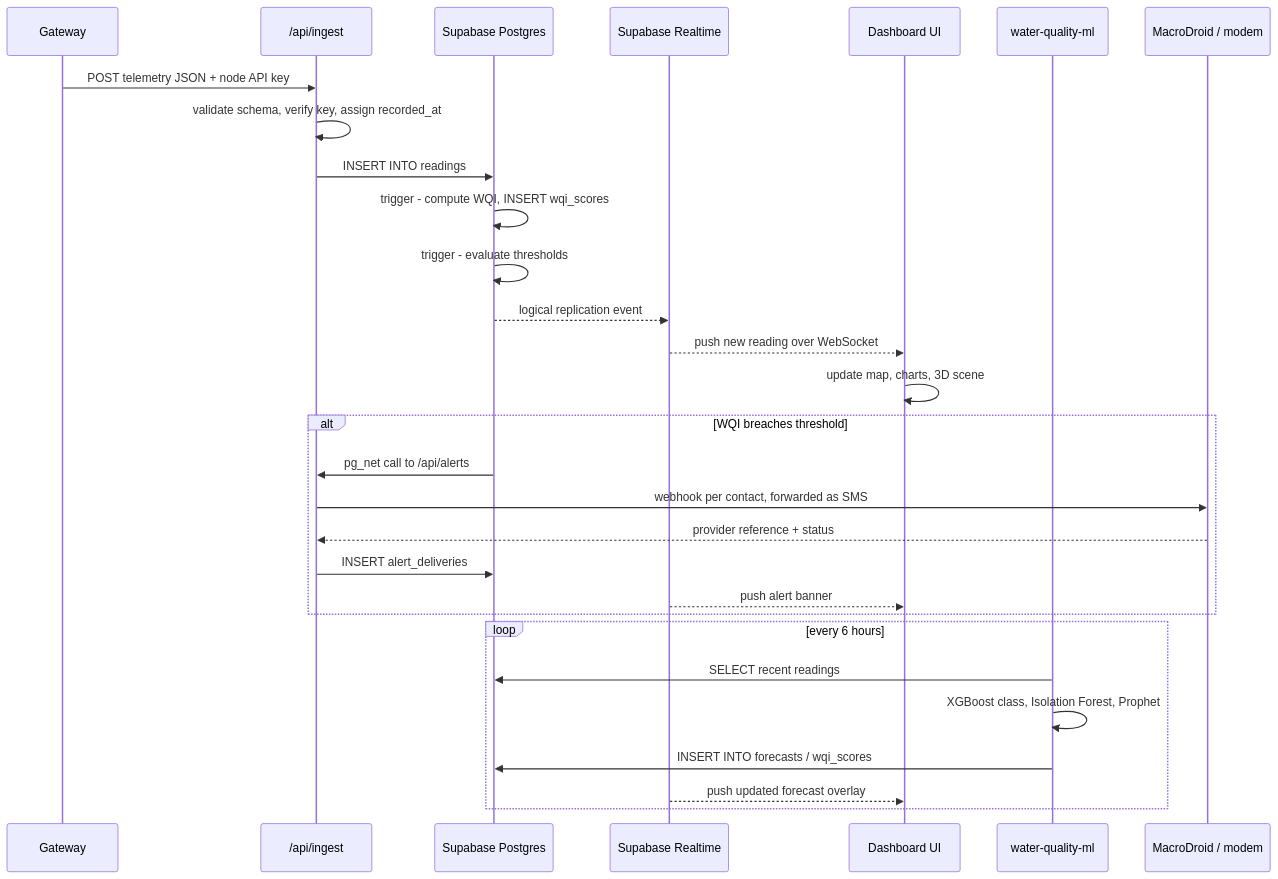
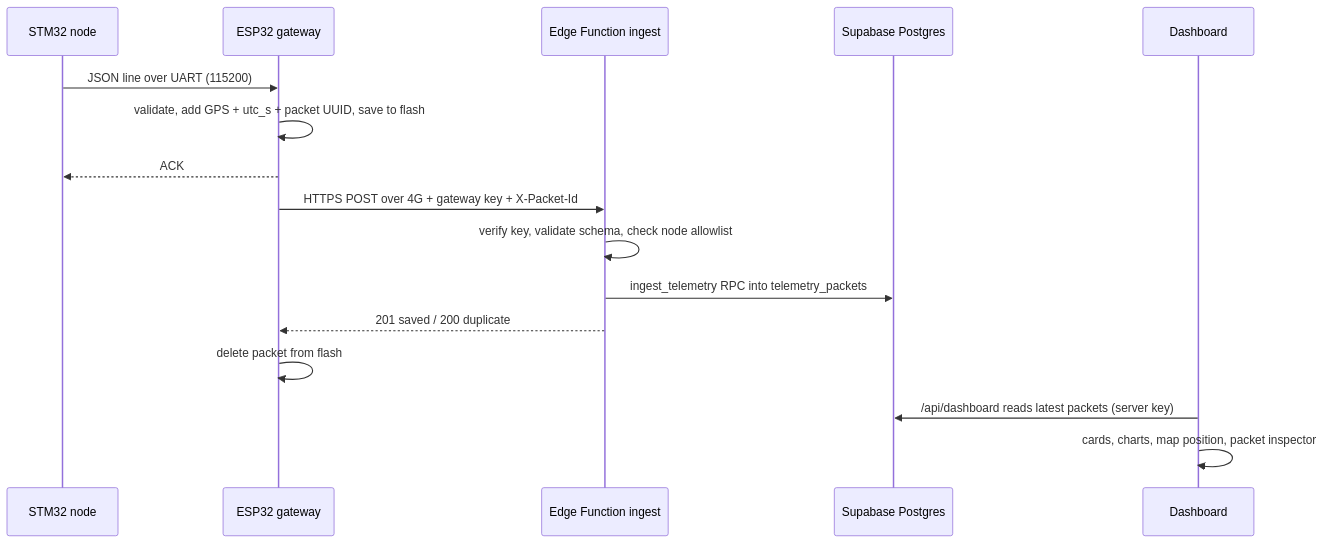
One commit to WQM-Project/wqm-web-dashboard changed the second of 2 diagrams in README.md. Above: the diagram before and after it, drawn with Mermaid. The commit also changed other lines of this file, not shown here.

````diff
--- a/README.md
+++ b/README.md
@@ -376,34 +292,19 @@
 ```mermaid
 sequenceDiagram
-    participant GW as Gateway
-    participant API as /api/ingest
+    participant STM as STM32 node
+    participant GW as ESP32 gateway
+    participant FN as Edge Function ingest
     participant DB as Supabase Postgres
-    participant RT as Supabase Realtime
-    participant UI as Dashboard UI
-    participant ML as water-quality-ml
-    participant TW as MacroDroid / modem
+    participant UI as Dashboard
 
-    GW->>API: POST telemetry JSON + node API key
-    API->>API: validate schema, verify key, assign recorded_at
-    API->>DB: INSERT INTO readings
-    DB->>DB: trigger - compute WQI, INSERT wqi_scores
-    DB->>DB: trigger - evaluate thresholds
-    DB-->>RT: logical replication event
-    RT-->>UI: push new reading over WebSocket
-    UI->>UI: update map, charts, 3D scene
-
-    alt WQI breaches threshold
-        DB->>API: pg_net call to /api/alerts
-        API->>TW: webhook per contact, forwarded as SMS
-        TW-->>API: provider reference + status
-        API->>DB: INSERT alert_deliveries
-        RT-->>UI: push alert banner
-    end
-
-    loop every 6 hours
-        ML->>DB: SELECT recent readings
-        ML->>ML: XGBoost class, Isolation Forest, Prophet
-        ML->>DB: INSERT INTO forecasts / wqi_scores
-        RT-->>UI: push updated forecast overlay
-    end
+    STM->>GW: JSON line over UART (115200)
+    GW->>GW: validate, add GPS + utc_s + packet UUID, save to flash
+    GW-->>STM: ACK
+    GW->>FN: HTTPS POST over 4G + gateway key + X-Packet-Id
+    FN->>FN: verify key, validate schema, check node allowlist
+    FN->>DB: ingest_telemetry RPC into telemetry_packets
+    FN-->>GW: 201 saved / 200 duplicate
+    GW->>GW: delete packet from flash
+    UI->>DB: /api/dashboard reads latest packets (server key)
+    UI->>UI: cards, charts, map position, packet inspector
 ```
````
